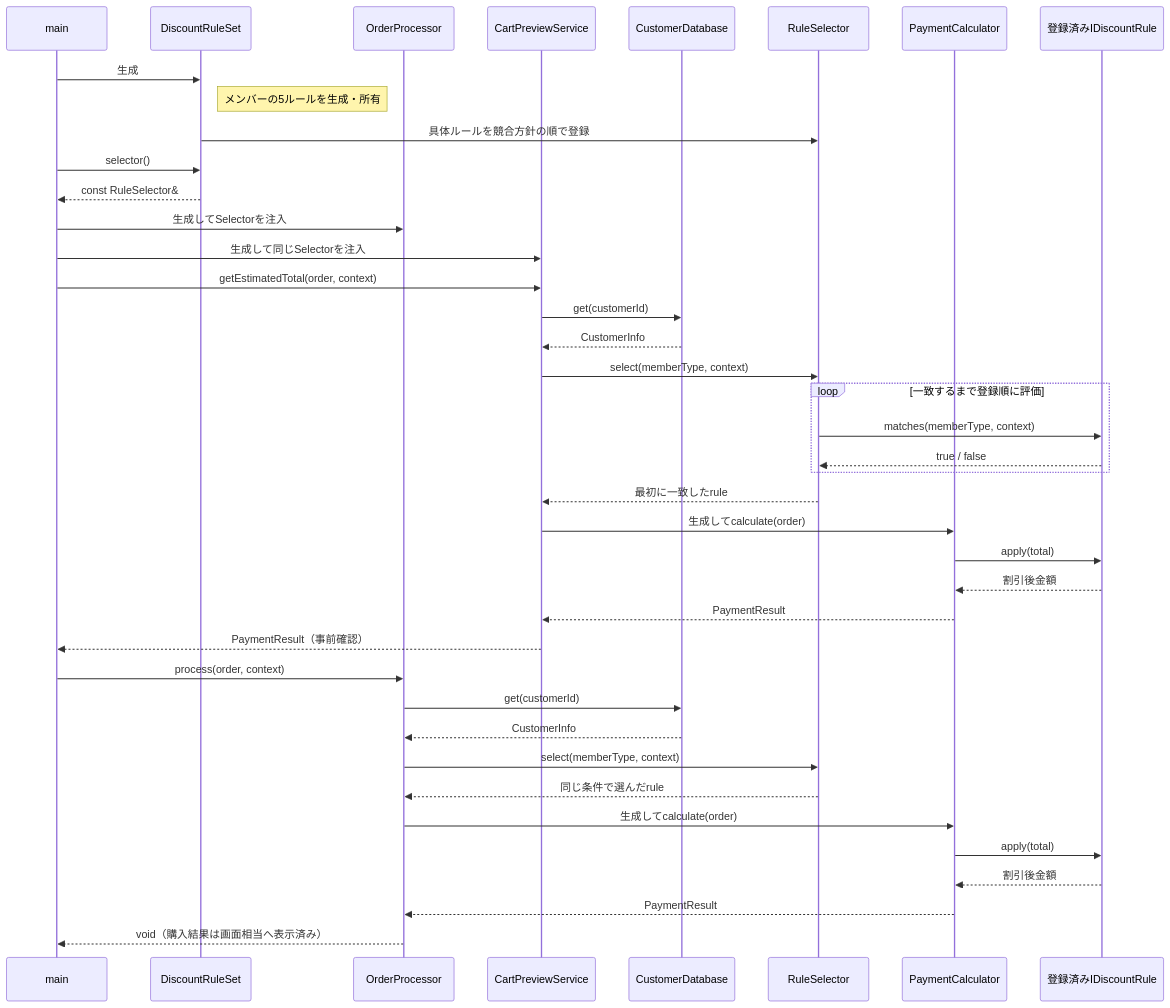
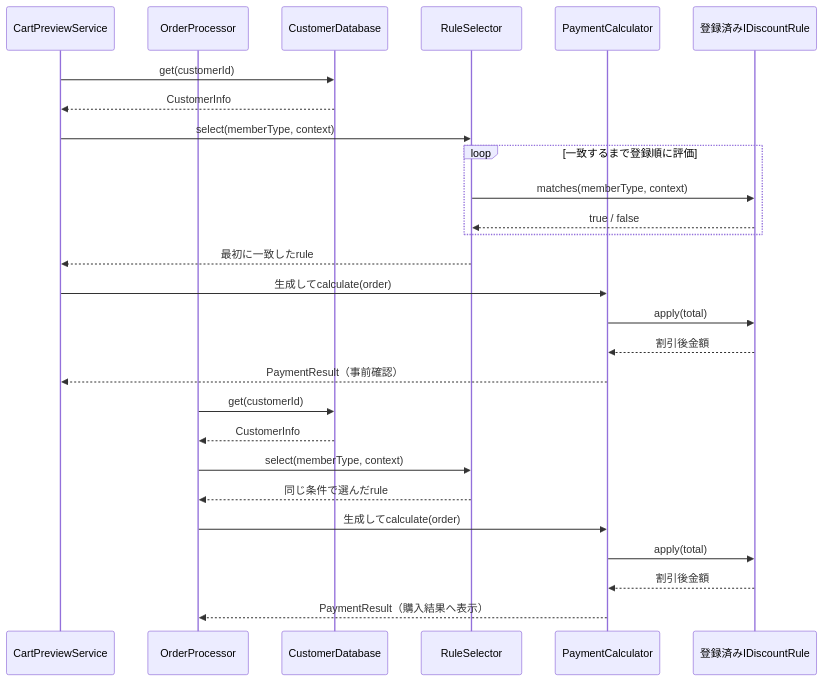
One commit to kumachan1101-pixel/DesignPattern changed diagram 11 of 14 in kindle/design-patterns/books/volume01-core-patterns/output/chapter01.md. Above: the diagram before and after it, drawn with Mermaid. The commit also changed other lines of this file and 8 other files, not shown here.

````diff
--- a/kindle/design-patterns/books/volume01-core-patterns/output/chapter01.md
+++ b/kindle/design-patterns/books/volume01-core-patterns/output/chapter01.md
@@ -1891,45 +2066,31 @@
 ```mermaid
 sequenceDiagram
-    participant M as main
-    participant D as DiscountRuleSet
+    participant V as CartPreviewService
     participant O as OrderProcessor
-    participant V as CartPreviewService
     participant DB as CustomerDatabase
     participant S as RuleSelector
     participant P as PaymentCalculator
     participant I as 登録済みIDiscountRule
 
-    M->>D: 生成
-    Note right of D: メンバーの5ルールを生成・所有
-    D->>S: 具体ルールを競合方針の順で登録
-    M->>D: selector()
-    D-->>M: const RuleSelector&
-    M->>O: 生成してSelectorを注入
-    M->>V: 生成して同じSelectorを注入
-
-    M->>V: getEstimatedTotal(order, context)
     V->>DB: get(customerId)
     DB-->>V: CustomerInfo
     V->>S: select(memberType, context)
     loop 一致するまで登録順に評価
         S->>I: matches(memberType, context)
         I-->>S: true / false
     end
     S-->>V: 最初に一致したrule
     V->>P: 生成してcalculate(order)
     P->>I: apply(total)
     I-->>P: 割引後金額
-    P-->>V: PaymentResult
-    V-->>M: PaymentResult（事前確認）
+    P-->>V: PaymentResult（事前確認）
 
-    M->>O: process(order, context)
     O->>DB: get(customerId)
     DB-->>O: CustomerInfo
     O->>S: select(memberType, context)
     S-->>O: 同じ条件で選んだrule
     O->>P: 生成してcalculate(order)
     P->>I: apply(total)
     I-->>P: 割引後金額
-    P-->>O: PaymentResult
-    O-->>M: void（購入結果は画面相当へ表示済み）
+    P-->>O: PaymentResult（購入結果へ表示）
 ```
````
